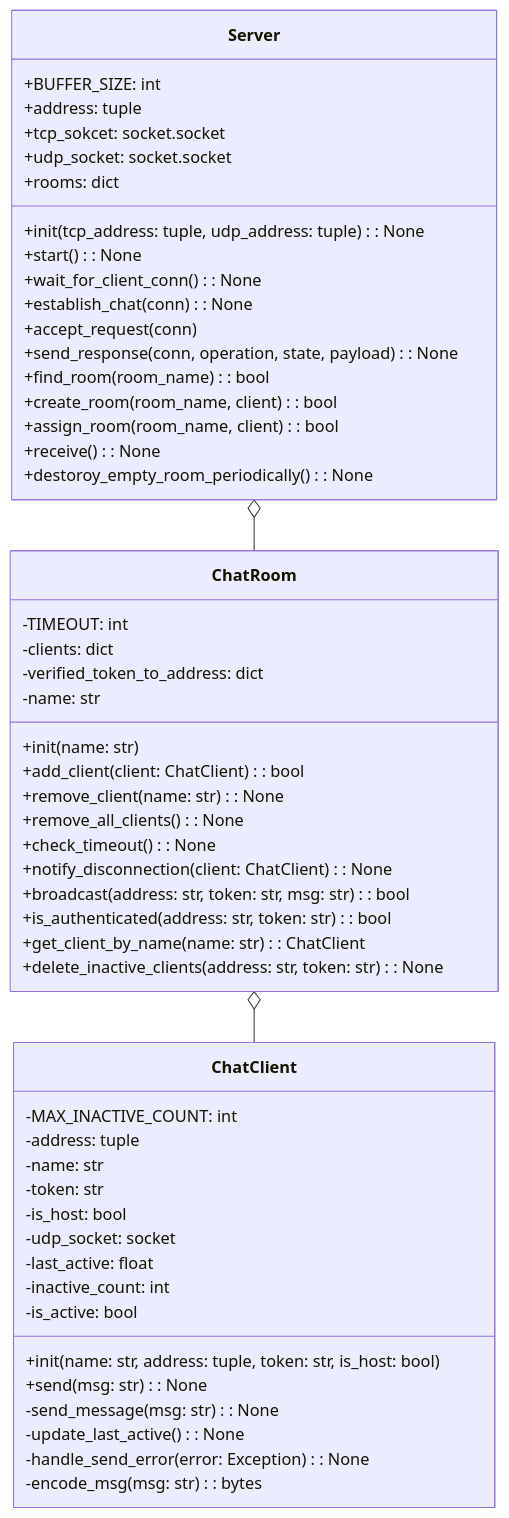
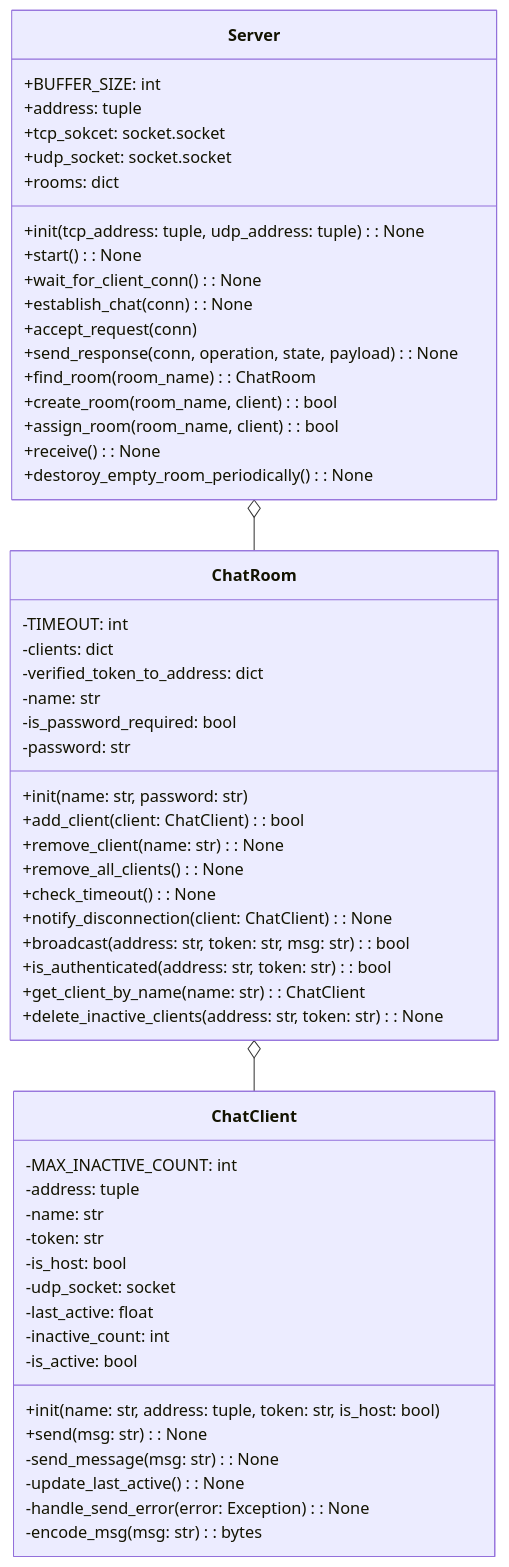
The first of 2 diagrams in README.md (recursion-backend-team-d/online-chat-messenger), drawn with Mermaid before and after one commit. The commit also changed other lines of this file and 2 other files, not shown here.

Commit message:
サーバをパスワード追加に対応 #19

````diff
--- a/README.md
+++ b/README.md
@@ -7,61 +7,63 @@
 ```mermaid
 classDiagram
 class ChatClient {
   -MAX_INACTIVE_COUNT: int
   -address: tuple
   -name: str
   -token: str
   -is_host: bool
   -udp_socket: socket
   -last_active: float
   -inactive_count: int
   -is_active: bool
 
   +init(name: str, address: tuple, token: str, is_host: bool)
   +send(msg: str): None
   -send_message(msg: str): None
   -update_last_active(): None
   -handle_send_error(error: Exception): None
   -encode_msg(msg: str): bytes
 }
 
 class ChatRoom {
   -TIMEOUT: int
   -clients: dict
   -verified_token_to_address: dict
   -name: str
+  -is_password_required: bool
+  -password: str
 
-  +init(name: str)
+  +init(name: str, password: str)
   +add_client(client: ChatClient): bool
   +remove_client(name: str): None
   +remove_all_clients(): None
   +check_timeout(): None
   +notify_disconnection(client: ChatClient): None
   +broadcast(address: str, token: str, msg: str): bool
   +is_authenticated(address: str, token: str): bool
   +get_client_by_name(name: str): ChatClient
   +delete_inactive_clients(address: str, token: str): None
 }
 
 class Server {
   +BUFFER_SIZE: int
   +address: tuple
   +tcp_sokcet: socket.socket
   +udp_socket: socket.socket
   +rooms: dict
 
   +init(tcp_address: tuple, udp_address: tuple): None
   +start(): None
   +wait_for_client_conn(): None
   +establish_chat(conn): None
   +accept_request(conn)
   +send_response(conn, operation, state, payload): None
-  +find_room(room_name): bool
+  +find_room(room_name): ChatRoom
   +create_room(room_name, client): bool
   +assign_room(room_name, client): bool
   +receive(): None
   +destoroy_empty_room_periodically(): None
 }
 Server o-- ChatRoom
 ChatRoom o-- ChatClient
 ```
````
